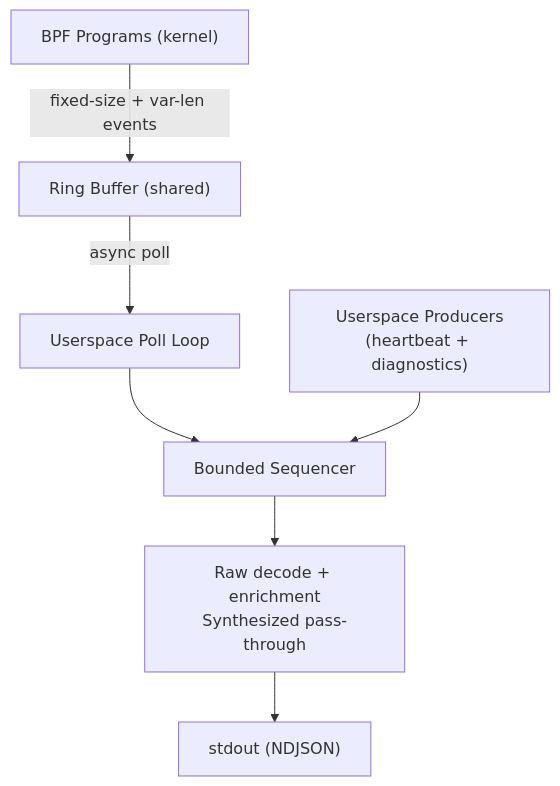
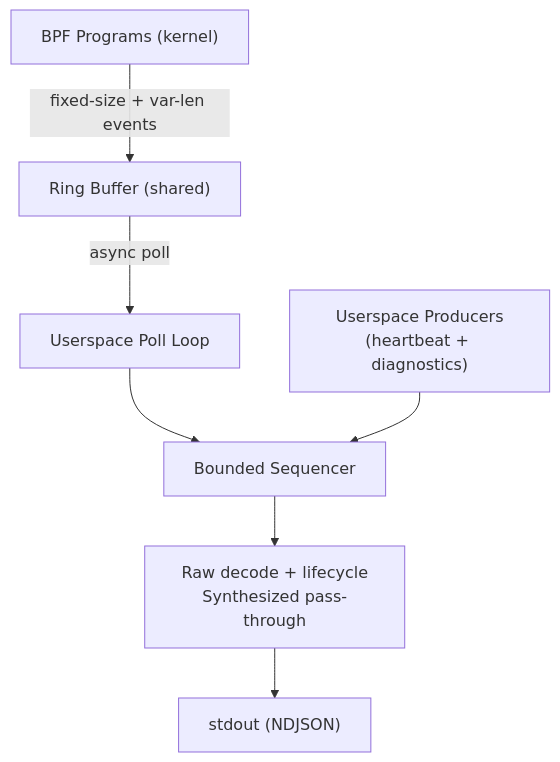
The diagram in docs/data-pipeline.md (abyss0-dev/bloodhound), drawn with Mermaid before and after one commit. The commit also changed other lines of this file and 41 other files, not shown here.

````diff
--- a/docs/data-pipeline.md
+++ b/docs/data-pipeline.md
@@ -3,17 +3,17 @@
 ```mermaid
 graph TD
     BPF["BPF Programs (kernel)"]
     RB["Ring Buffer (shared)"]
     POLL["Userspace Poll Loop"]
     SYNTH["Userspace Producers<br/>(heartbeat + diagnostics)"]
     SEQ["Bounded Sequencer"]
-    PROCESS["Raw decode + enrichment<br/>Synthesized pass-through"]
+    PROCESS["Raw decode + lifecycle<br/>Synthesized pass-through"]
     OUT["stdout (NDJSON)"]
 
     BPF -->|"fixed-size + var-len events"| RB
     RB -->|"async poll"| POLL
     POLL --> SEQ
     SYNTH --> SEQ
     SEQ --> PROCESS
     PROCESS --> OUT
 ```
````
